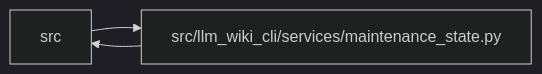
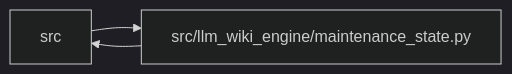
The diagram in docs/llm_wiki/modules/maintenance_state.md (Denissvgn/python-wiki-llm), drawn with Mermaid (dark theme) before and after one commit. The commit also changed other lines of this file and 1058 other files, not shown here.

````diff
--- a/docs/llm_wiki/modules/maintenance_state.md
+++ b/docs/llm_wiki/modules/maintenance_state.md
@@ -35,8 +35,8 @@
 ```mermaid
 flowchart LR
     n0["src"]
-    n1["src/llm_wiki_cli/services/maintenance_state.py"]
+    n1["src/llm_wiki_engine/maintenance_state.py"]
     n0 --> n1
     n1 --> n0
     click n1 "../modules/maintenance_state.md"
 ```
````
